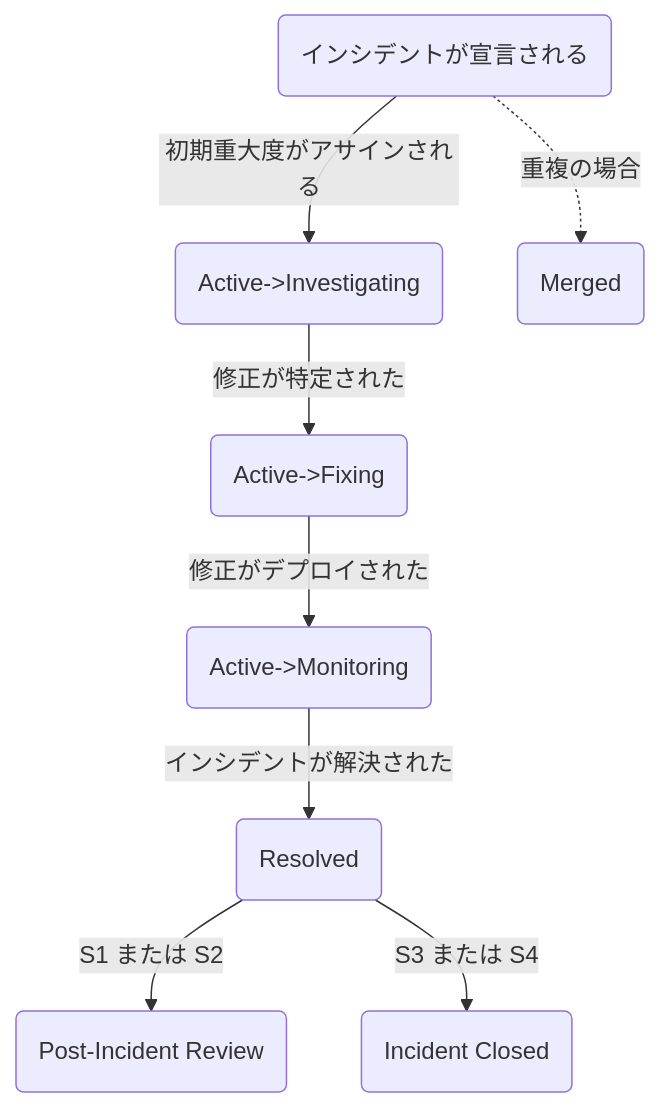
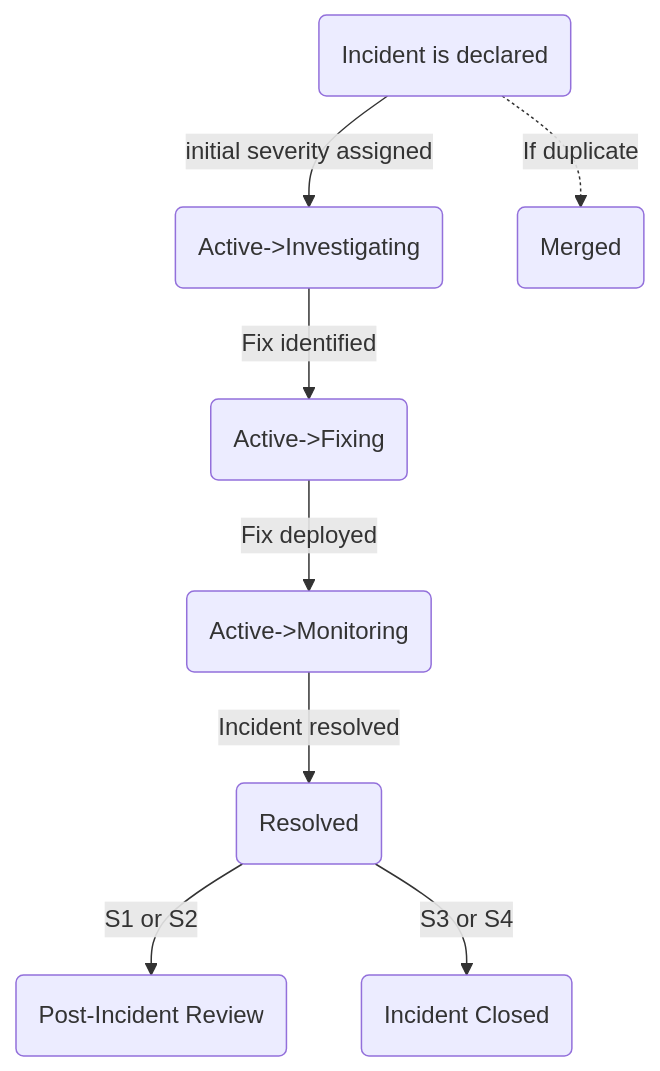
One commit to kyama0/gitlab-handbook-ja changed the diagram in content/handbook/engineering/infrastructure-platforms/incident-management/_index.md. Above: the diagram before and after it, drawn with Mermaid. The commit also changed other lines of this file and 10 other files, not shown here.

````diff
--- a/content/handbook/engineering/infrastructure-platforms/incident-management/_index.md
+++ b/content/handbook/engineering/infrastructure-platforms/incident-management/_index.md
@@ -642,10 +635,10 @@
 ```mermaid
   graph TD
-    A(インシデントが宣言される) --> |初期重大度がアサインされる| B(Active->Investigating)
-    A -.-> |重複の場合| Z(Merged)
-    B --> |"修正が特定された"| C(Active->Fixing)
-    C --> |"修正がデプロイされた"| D(Active->Monitoring)
-    D --> |"インシデントが解決された"| E(Resolved)
-    E --> |"S1 または S2"| F(Post-Incident Review)
-    E --> |"S3 または S4"| G(Incident Closed)
+    A(Incident is declared) --> |initial severity assigned| B(Active->Investigating)
+    A -.-> |If duplicate| Z(Merged)
+    B --> |"Fix identified"| C(Active->Fixing)
+    C --> |"Fix deployed"| D(Active->Monitoring)
+    D --> |"Incident resolved"| E(Resolved)
+    E --> |"S1 or S2"| F(Post-Incident Review)
+    E --> |"S3 or S4"| G(Incident Closed)
 ```
````
